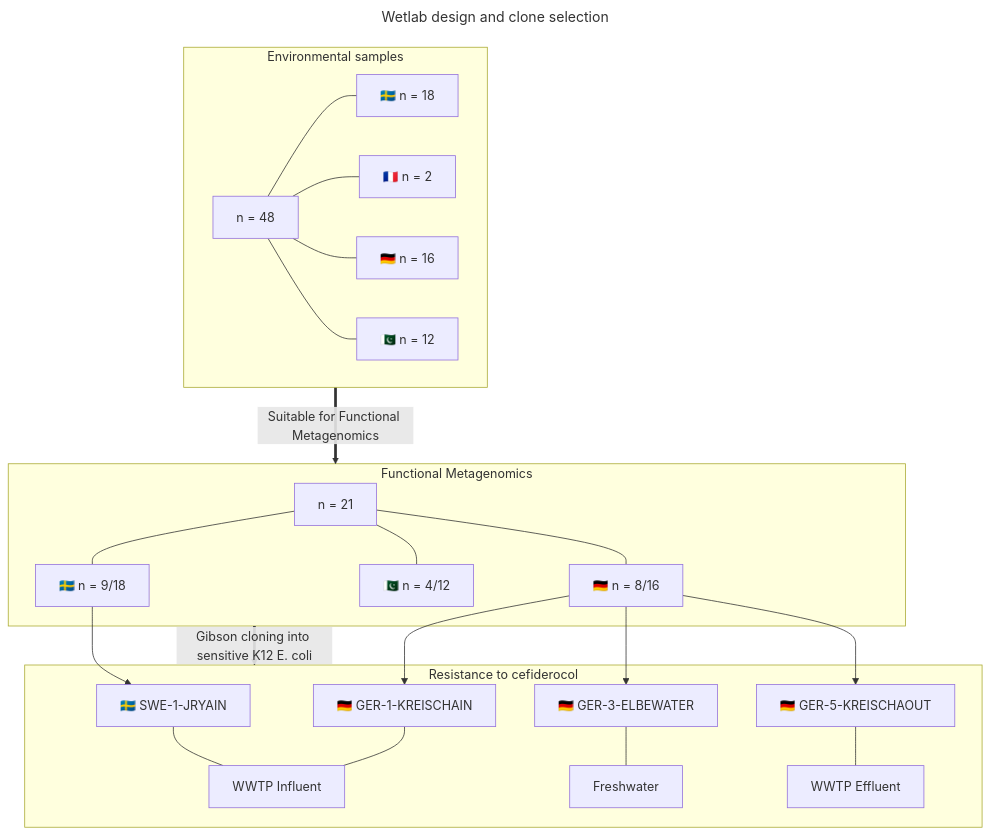
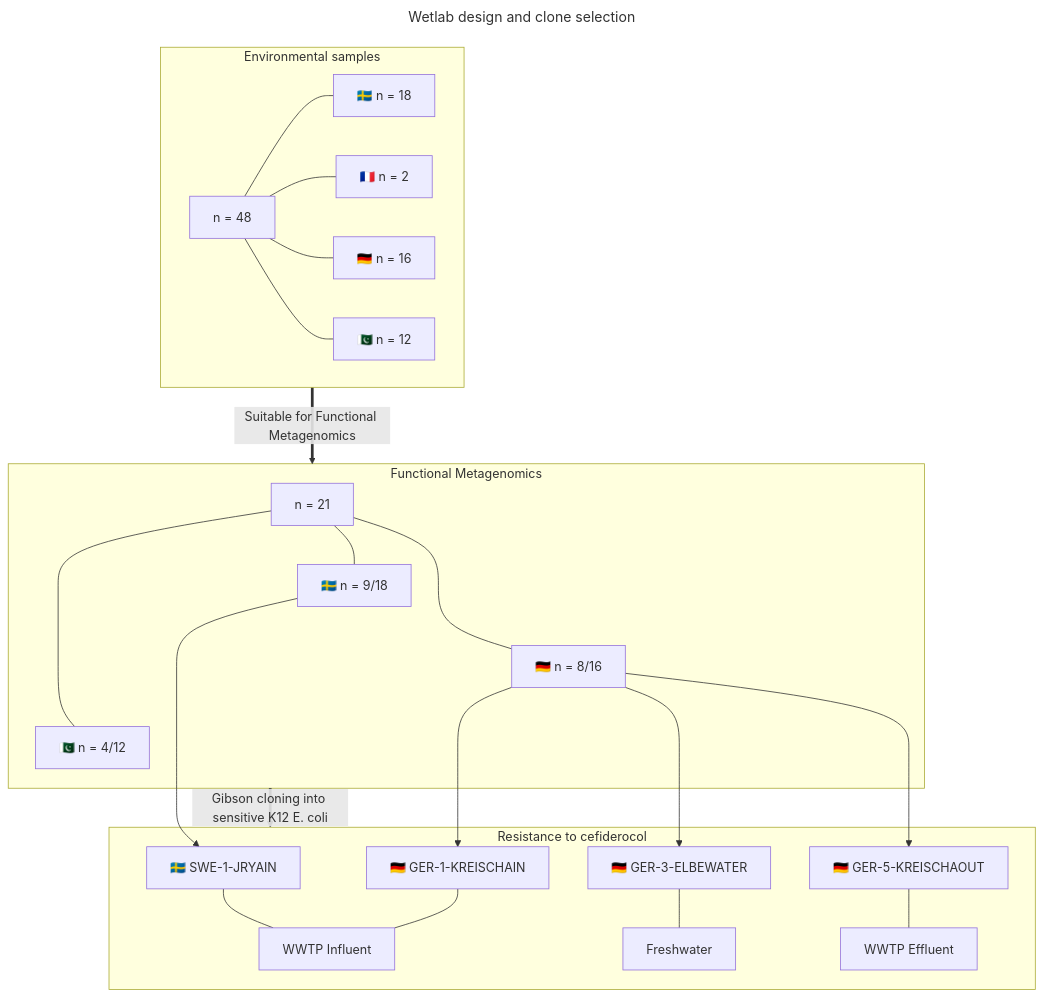
The first of 2 diagrams in README.md (RemiGSC/Mgf_FDC), drawn with Mermaid before and after one commit.

````diff
--- a/README.md
+++ b/README.md
@@ -7,35 +7,36 @@
 ```mermaid
 ---
 title: Wetlab design and clone selection
 ---
 flowchart TD
 	subgraph ev [Environmental samples]
 		A[n = 48] --- A1[🇸🇪 n = 18]
 		A --- A2[🇫🇷 n = 2]
 		A --- A3[🇩🇪 n = 16]
 		A --- A4[🇵🇰 n = 12]
 	end
 
 	subgraph fmg [Functional Metagenomics]
 		B[n = 21] --- B1[🇸🇪 n = 9/18]
 		B --- B3[🇩🇪 n = 8/16]
 		B --- B4[🇵🇰 n = 4/12]
+		B1 ~~~ B3 ~~~ B4
 	end
 
 	subgraph Rcef [Resistance to cefiderocol]
 			C1[🇸🇪 SWE-1-JRYAIN] --- WWIN[WWTP Influent]
 			C3a[🇩🇪 GER-1-KREISCHAIN] --- WWIN[WWTP Influent]
 			C3b[🇩🇪 GER-3-ELBEWATER] --- Fresh[Freshwater]
 			C3c[🇩🇪 GER-5-KREISCHAOUT] --- WWEF[WWTP Effluent]
 	end
 
 
 ev ==>|Suitable for Functional Metagenomics| fmg
 
 fmg ==>|Gibson cloning into sensitive K12 E. coli| Rcef
 
-B1 --> C1
-B3 --> C3a
-B3 --> C3b
-B3 --> C3c
+B1 ---> C1
+B3 ---> C3a
+B3 ---> C3b
+B3 ---> C3c
 ```
````
